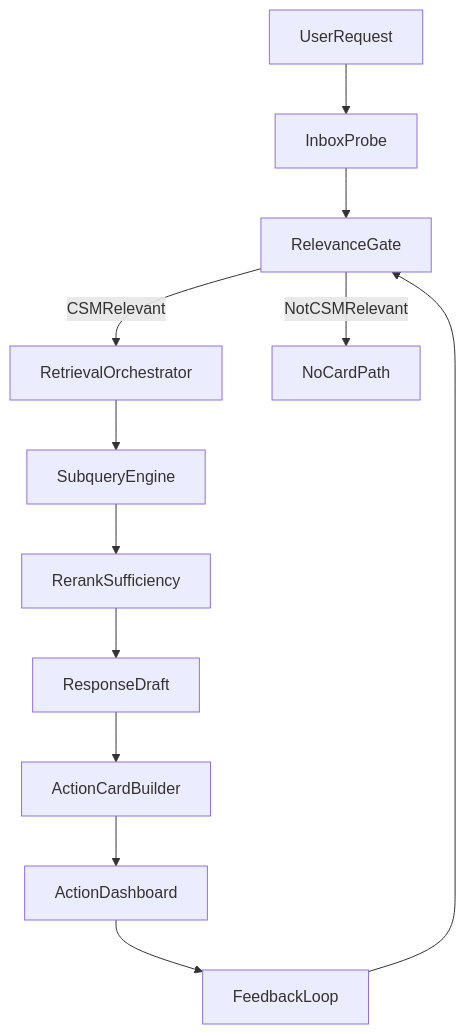
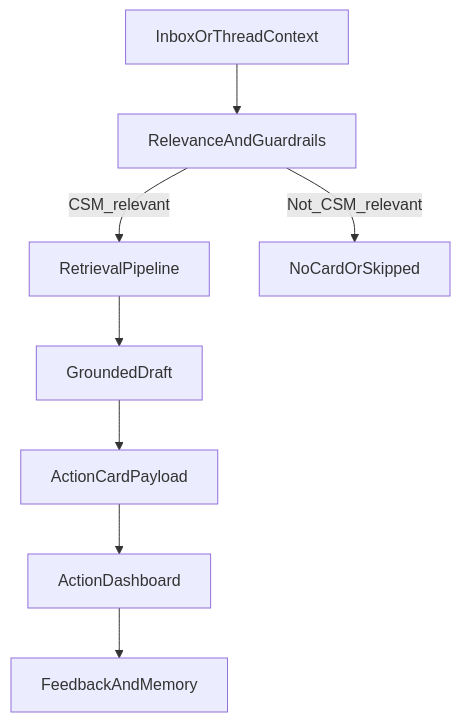
Before and after one commit to sangyoon-pak/Sova_CSM_Radar_247: the second of 2 diagrams in docs/ARCHITECTURE.md, drawn with Mermaid. The commit also changed other lines of this file and 13 other files, not shown here.

````diff
--- a/docs/ARCHITECTURE.md
+++ b/docs/ARCHITECTURE.md
@@ -18,14 +139,10 @@
 ```mermaid
 flowchart TD
-    userRequest[UserRequest] --> inboxProbe[InboxProbe]
-    inboxProbe --> relevanceGate[RelevanceGate]
-    relevanceGate -->|"CSMRelevant"| retrievalOrchestrator[RetrievalOrchestrator]
-    relevanceGate -->|"NotCSMRelevant"| noCardPath[NoCardPath]
-    retrievalOrchestrator --> subqueryEngine[SubqueryEngine]
-    subqueryEngine --> rerankSufficiency[RerankSufficiency]
-    rerankSufficiency --> responseDraft[ResponseDraft]
-    responseDraft --> actionCardBuilder[ActionCardBuilder]
-    actionCardBuilder --> actionDashboard[ActionDashboard]
-    actionDashboard --> feedbackLoop[FeedbackLoop]
-    feedbackLoop --> relevanceGate
+  inboxThread[InboxOrThreadContext] --> relevanceGate[RelevanceAndGuardrails]
+  relevanceGate -->|"CSM_relevant"| retrievalPipeline[RetrievalPipeline]
+  relevanceGate -->|"Not_CSM_relevant"| noCard[NoCardOrSkipped]
+  retrievalPipeline --> groundedDraft[GroundedDraft]
+  groundedDraft --> actionCard[ActionCardPayload]
+  actionCard --> dashboard[ActionDashboard]
+  dashboard --> userFeedback[FeedbackAndMemory]
 ```
````
